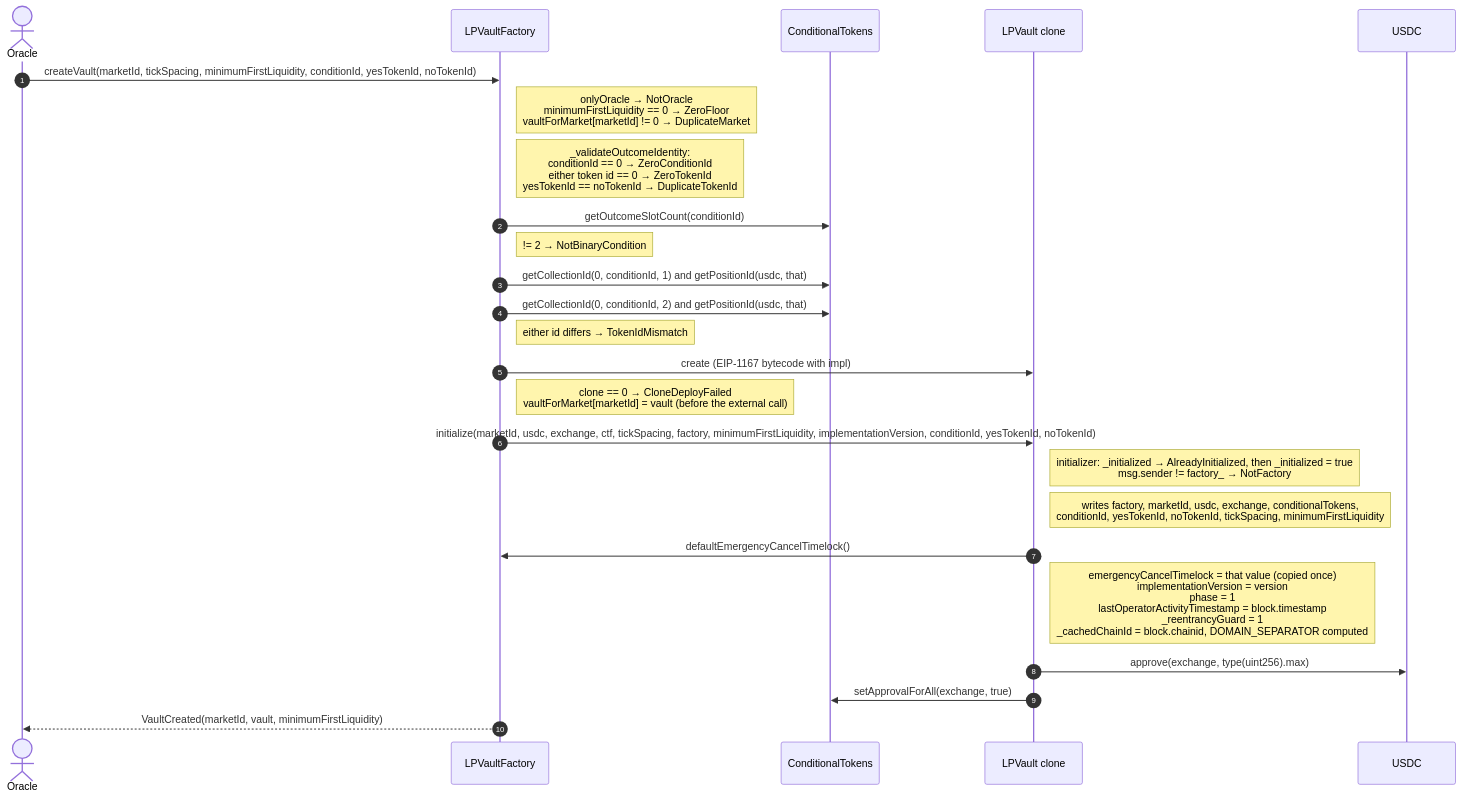
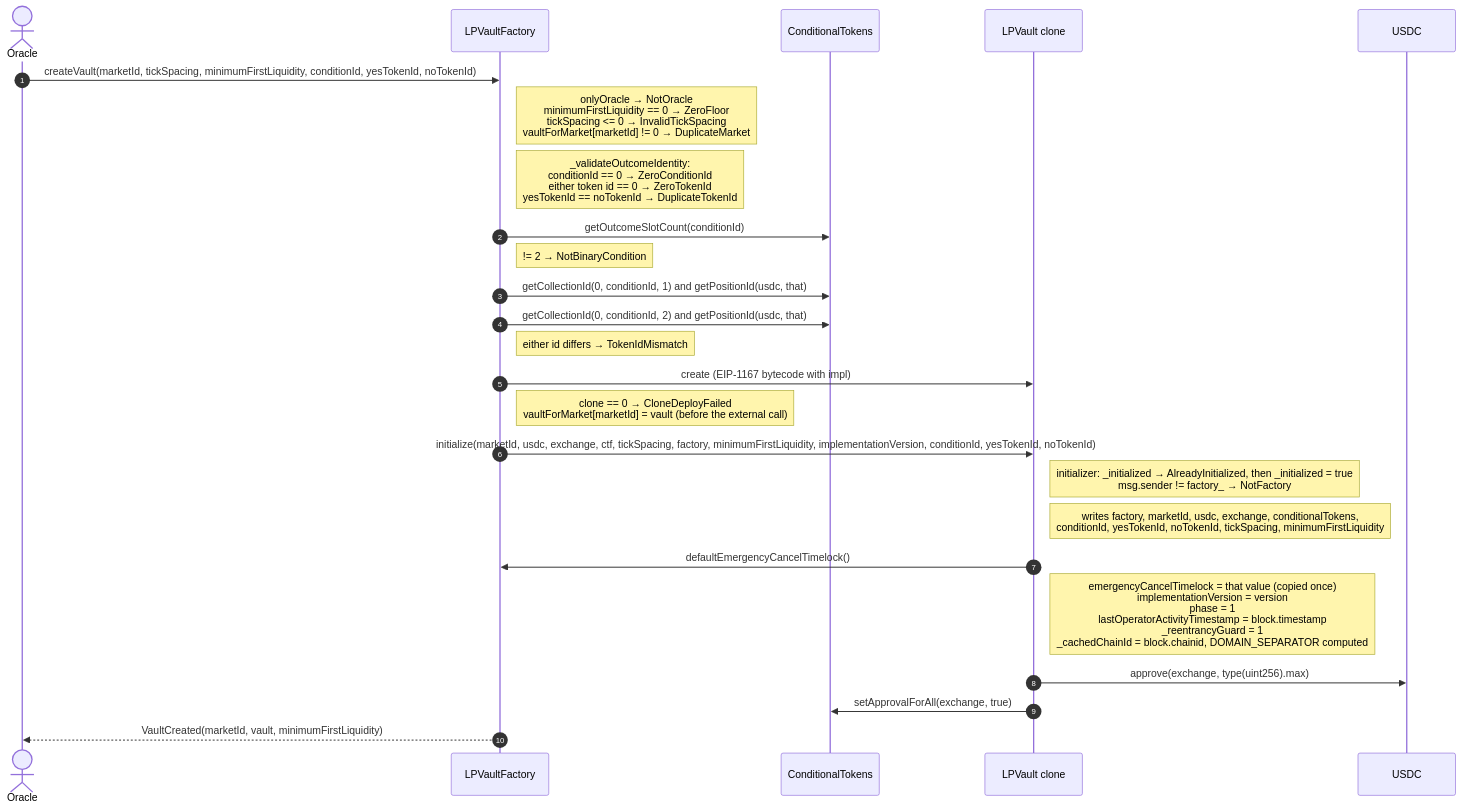
One commit to ProphetMarket/lp-vaults changed the third of 22 diagrams in specs/FLOWS.md. Above: the diagram before and after it, drawn with Mermaid. The commit also changed other lines of this file and 1 other file, not shown here.

First line of the commit message:
chore (vault): Correct the flows to the code

````diff
--- a/specs/FLOWS.md
+++ b/specs/FLOWS.md
@@ -90,28 +90,28 @@
 ```mermaid
 sequenceDiagram
     autonumber
     actor Oracle
     participant Factory as LPVaultFactory
     participant CTF as ConditionalTokens
     participant Vault as LPVault clone
     participant USDC
 
     Oracle->>Factory: createVault(marketId, tickSpacing, minimumFirstLiquidity, conditionId, yesTokenId, noTokenId)
-    Note right of Factory: onlyOracle → NotOracle<br/>minimumFirstLiquidity == 0 → ZeroFloor<br/>vaultForMarket[marketId] != 0 → DuplicateMarket
+    Note right of Factory: onlyOracle → NotOracle<br/>minimumFirstLiquidity == 0 → ZeroFloor<br/>tickSpacing <= 0 → InvalidTickSpacing<br/>vaultForMarket[marketId] != 0 → DuplicateMarket
     Note right of Factory: _validateOutcomeIdentity:<br/>conditionId == 0 → ZeroConditionId<br/>either token id == 0 → ZeroTokenId<br/>yesTokenId == noTokenId → DuplicateTokenId
     Factory->>CTF: getOutcomeSlotCount(conditionId)
     Note right of Factory: != 2 → NotBinaryCondition
     Factory->>CTF: getCollectionId(0, conditionId, 1) and getPositionId(usdc, that)
     Factory->>CTF: getCollectionId(0, conditionId, 2) and getPositionId(usdc, that)
     Note right of Factory: either id differs → TokenIdMismatch
     Factory->>Vault: create (EIP-1167 bytecode with impl)
     Note right of Factory: clone == 0 → CloneDeployFailed<br/>vaultForMarket[marketId] = vault (before the external call)
     Factory->>Vault: initialize(marketId, usdc, exchange, ctf, tickSpacing, factory, minimumFirstLiquidity, implementationVersion, conditionId, yesTokenId, noTokenId)
     Note right of Vault: initializer: _initialized → AlreadyInitialized, then _initialized = true<br/>msg.sender != factory_ → NotFactory
     Note right of Vault: writes factory, marketId, usdc, exchange, conditionalTokens,<br/>conditionId, yesTokenId, noTokenId, tickSpacing, minimumFirstLiquidity
     Vault->>Factory: defaultEmergencyCancelTimelock()
     Note right of Vault: emergencyCancelTimelock = that value (copied once)<br/>implementationVersion = version<br/>phase = 1<br/>lastOperatorActivityTimestamp = block.timestamp<br/>_reentrancyGuard = 1<br/>_cachedChainId = block.chainid, DOMAIN_SEPARATOR computed
     Vault->>USDC: approve(exchange, type(uint256).max)
     Vault->>CTF: setApprovalForAll(exchange, true)
     Factory-->>Oracle: VaultCreated(marketId, vault, minimumFirstLiquidity)
 ```
````
